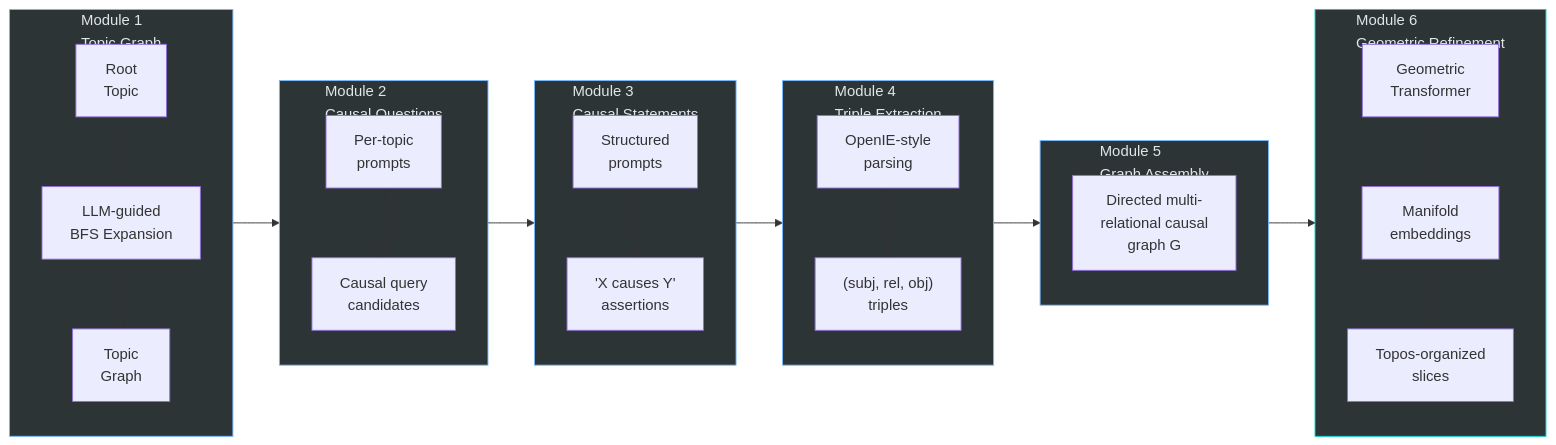
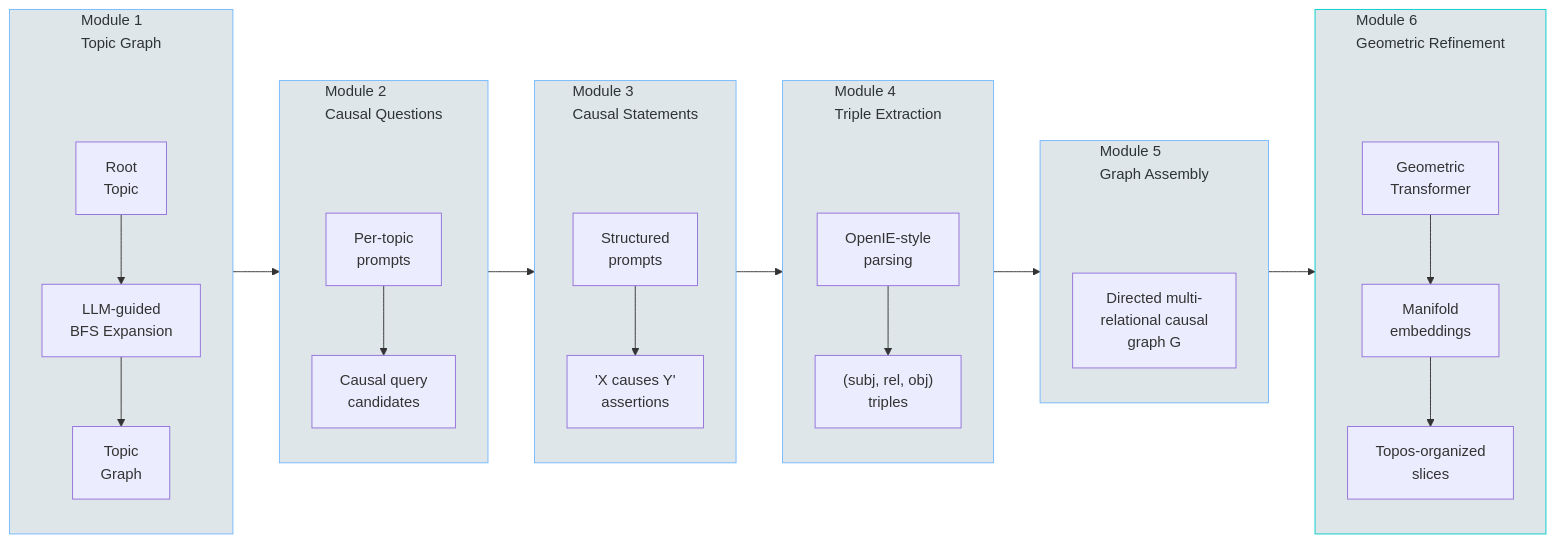
One commit to dimitarpg13/agentic_architectures_and_design_patterns changed the fourth of 12 diagrams in notebooks/causal_inference/building_causal_DAG.md. Above: the diagram before and after it, drawn with Mermaid.

Commit message:
update color

````diff
--- a/notebooks/causal_inference/building_causal_DAG.md
+++ b/notebooks/causal_inference/building_causal_DAG.md
@@ -165,37 +165,49 @@
 ```mermaid
 flowchart LR
     subgraph Module1["Module 1<br/>Topic Graph"]
+        M1_pad[ ] ~~~ T1
         T1["Root<br/>Topic"] --> T2["LLM-guided<br/>BFS Expansion"]
         T2 --> T3["Topic<br/>Graph"]
     end
 
     subgraph Module2["Module 2<br/>Causal Questions"]
+        M2_pad[ ] ~~~ Q1
         Q1["Per-topic<br/>prompts"] --> Q2["Causal query<br/>candidates"]
     end
 
     subgraph Module3["Module 3<br/>Causal Statements"]
+        M3_pad[ ] ~~~ S1
         S1["Structured<br/>prompts"] --> S2["'X causes Y'<br/>assertions"]
     end
 
     subgraph Module4["Module 4<br/>Triple Extraction"]
+        M4_pad[ ] ~~~ E1
         E1["OpenIE-style<br/>parsing"] --> E2["(subj, rel, obj)<br/>triples"]
     end
 
     subgraph Module5["Module 5<br/>Graph Assembly"]
+        M5_pad[ ] ~~~ G1
         G1["Directed multi-<br/>relational causal<br/>graph G"]
     end
 
     subgraph Module6["Module 6<br/>Geometric Refinement"]
+        M6_pad[ ] ~~~ R1
         R1["Geometric<br/>Transformer"] --> R2["Manifold<br/>embeddings"]
         R2 --> R3["Topos-organized<br/>slices"]
     end
 
     Module1 --> Module2 --> Module3 --> Module4 --> Module5 --> Module6
 
-    style Module1 fill:#2d3436,stroke:#74b9ff,color:#dfe6e9
-    style Module2 fill:#2d3436,stroke:#74b9ff,color:#dfe6e9
-    style Module3 fill:#2d3436,stroke:#74b9ff,color:#dfe6e9
-    style Module4 fill:#2d3436,stroke:#74b9ff,color:#dfe6e9
-    style Module5 fill:#2d3436,stroke:#74b9ff,color:#dfe6e9
-    style Module6 fill:#2d3436,stroke:#00cec9,color:#dfe6e9
+    style M1_pad fill:none,stroke:none,color:none
+    style M2_pad fill:none,stroke:none,color:none
+    style M3_pad fill:none,stroke:none,color:none
+    style M4_pad fill:none,stroke:none,color:none
+    style M5_pad fill:none,stroke:none,color:none
+    style M6_pad fill:none,stroke:none,color:none
+    style Module1 fill:#dfe6e9,stroke:#74b9ff,color:#2d3436
+    style Module2 fill:#dfe6e9,stroke:#74b9ff,color:#2d3436
+    style Module3 fill:#dfe6e9,stroke:#74b9ff,color:#2d3436
+    style Module4 fill:#dfe6e9,stroke:#74b9ff,color:#2d3436
+    style Module5 fill:#dfe6e9,stroke:#74b9ff,color:#2d3436
+    style Module6 fill:#dfe6e9,stroke:#00cec9,color:#2d3436
 ```
````
